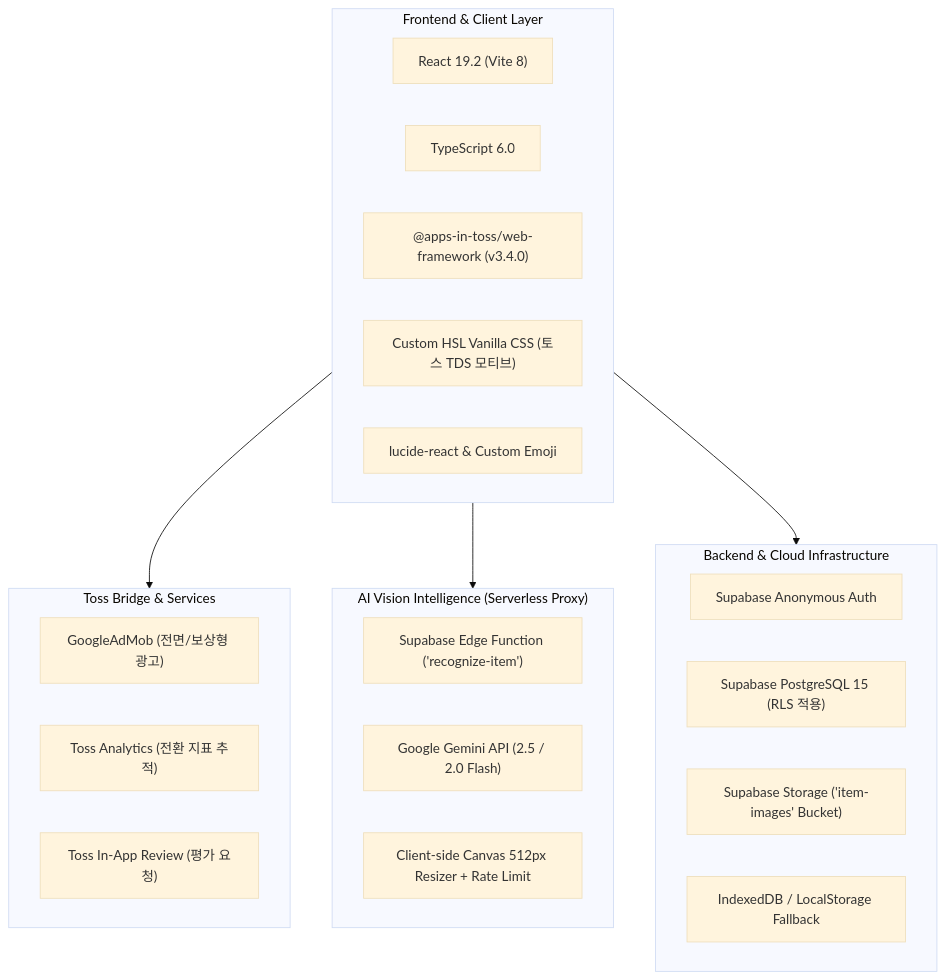
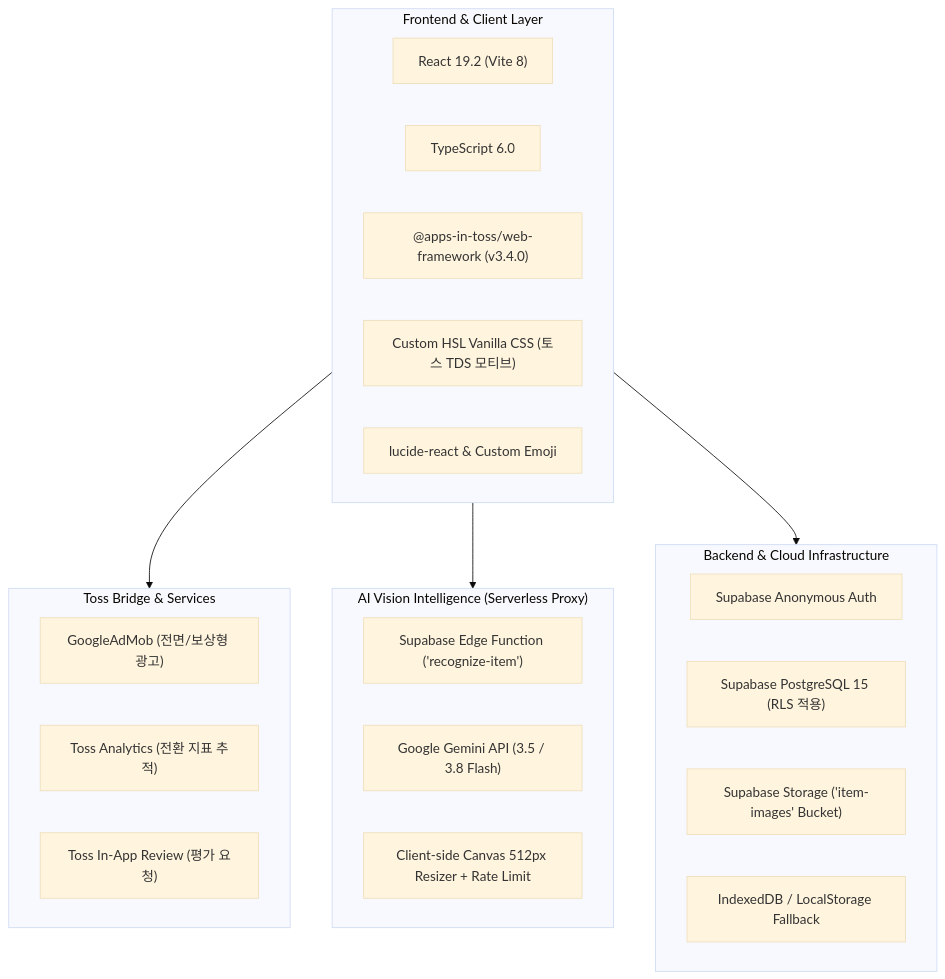
The first of 3 diagrams in where_is_it_summary.md (tauriqon/where-is-it), drawn with Mermaid (base theme) before and after one commit. The commit also changed other lines of this file and 3 other files, not shown here.

Commit message:
fix: update edge function to live gemini-3.5-flash-lite models (v1.1.0-b00286)

````diff
--- a/where_is_it_summary.md
+++ b/where_is_it_summary.md
@@ -37,33 +37,33 @@
 ```mermaid
 flowchart TD
     subgraph Client["Frontend & Client Layer"]
         React["React 19.2 (Vite 8)"]
         TS["TypeScript 6.0"]
         AIT["@apps-in-toss/web-framework (v3.4.0)"]
         CSS["Custom HSL Vanilla CSS (토스 TDS 모티브)"]
         Icons["lucide-react & Custom Emoji"]
     end
 
     subgraph NativeBridge["Toss Bridge & Services"]
         Ads["GoogleAdMob (전면/보상형 광고)"]
         Analytics["Toss Analytics (전환 지표 추적)"]
         Review["Toss In-App Review (평가 요청)"]
     end
 
     subgraph AI["AI Vision Intelligence (Serverless Proxy)"]
         EdgeProxy["Supabase Edge Function ('recognize-item')"]
-        Gemini["Google Gemini API (2.5 / 2.0 Flash)"]
+        Gemini["Google Gemini API (3.5 / 3.8 Flash)"]
         Compressor["Client-side Canvas 512px Resizer + Rate Limit"]
     end
 
     subgraph Backend["Backend & Cloud Infrastructure"]
         SupaAuth["Supabase Anonymous Auth"]
         SupaDB["Supabase PostgreSQL 15 (RLS 적용)"]
         SupaStorage["Supabase Storage ('item-images' Bucket)"]
         LocalCache["IndexedDB / LocalStorage Fallback"]
     end
 
     Client --> NativeBridge
     Client --> AI
     Client --> Backend
 ```
````
